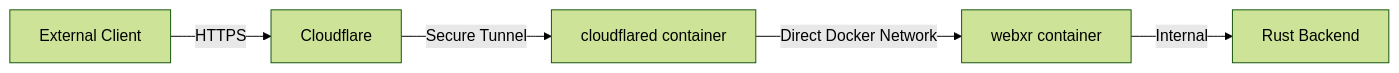
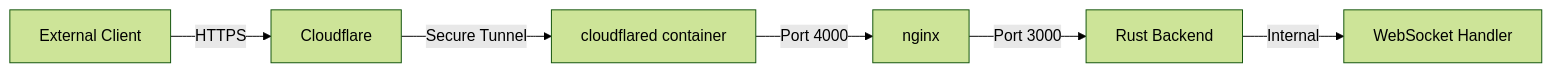
The diagram in NETWORK_SETUP.md (DreamLab-AI/VisionFlow), drawn with Mermaid (forest theme) before and after one commit. The commit also changed other lines of this file and 6 other files, not shown here.

````diff
--- a/NETWORK_SETUP.md
+++ b/NETWORK_SETUP.md
@@ -9,7 +9,8 @@
 ```mermaid
 graph LR
     A[External Client] -->|HTTPS| B[Cloudflare]
     B -->|Secure Tunnel| C[cloudflared container]
-    C -->|Direct Docker Network| D[webxr container]
-    D -->|Internal| E[Rust Backend]
+    C -->|Port 4000| D[nginx]
+    D -->|Port 3000| E[Rust Backend]
+    E -->|Internal| F[WebSocket Handler]
 ```
````
